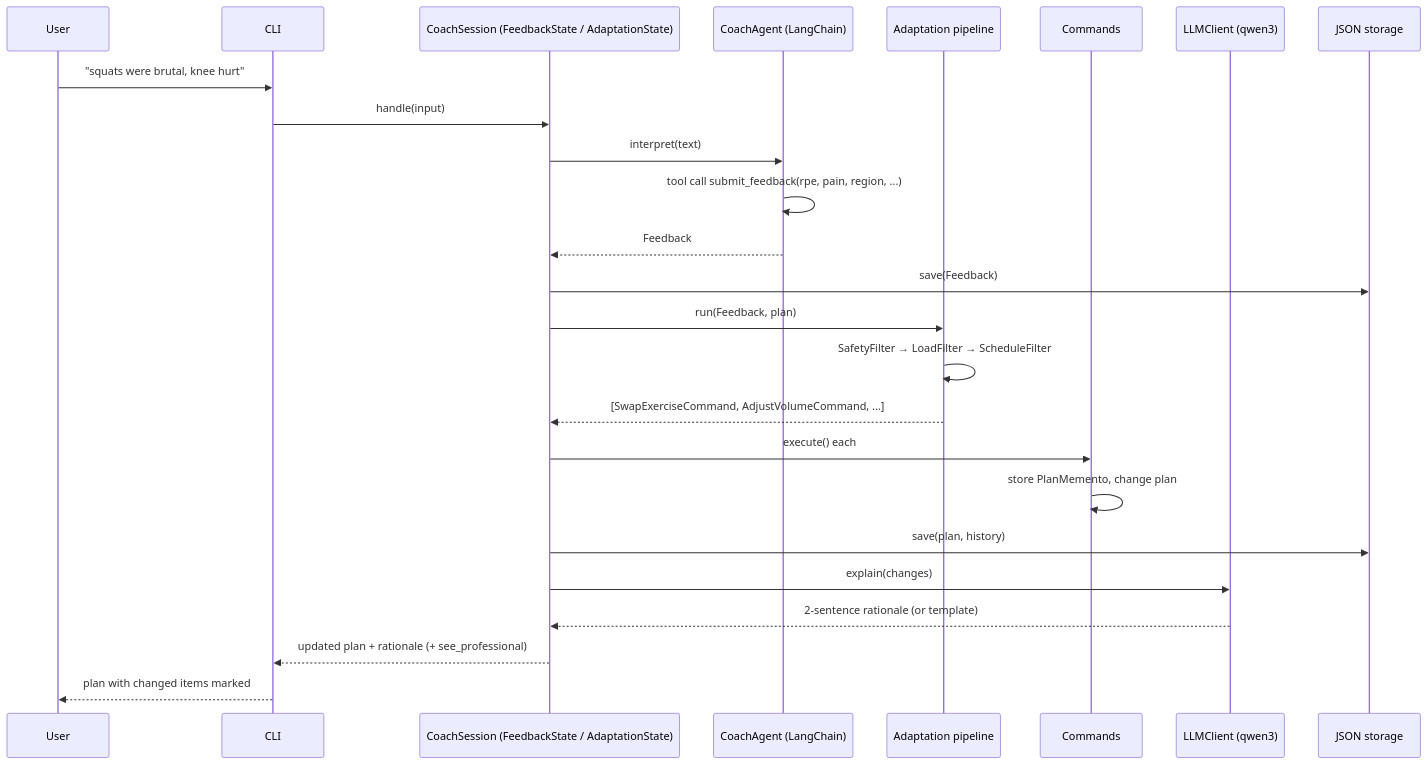
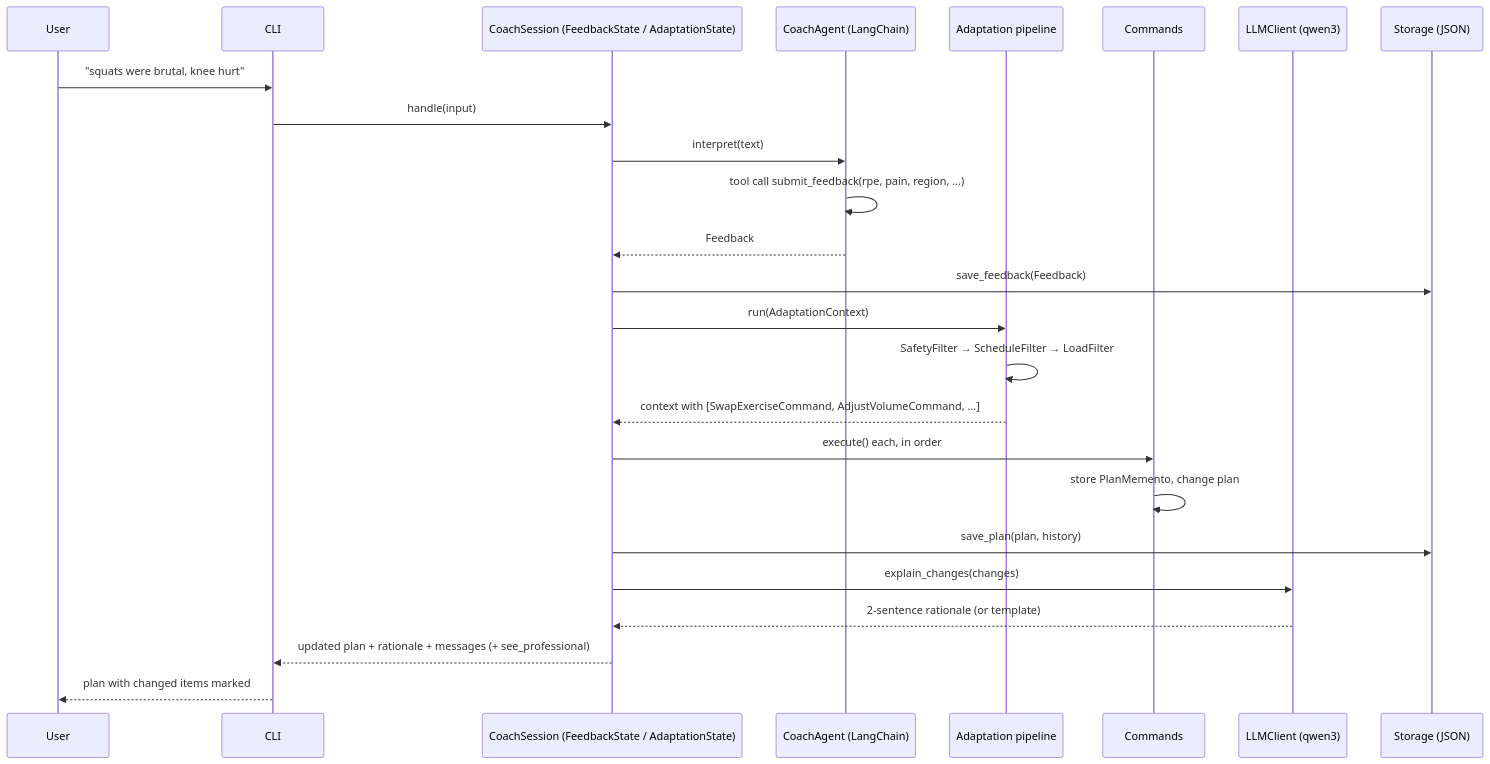
One commit to aslikaraman/adaptive-fitness-agent changed the first of 2 diagrams in FUNCTIONAL_FLOW.md. Above: the diagram before and after it, drawn with Mermaid. The commit also changed other lines of this file, not shown here.

First line of the commit message:
Resolve open questions in the functional flow

````diff
--- a/FUNCTIONAL_FLOW.md
+++ b/FUNCTIONAL_FLOW.md
@@ -305,28 +368,28 @@
 ```mermaid
 sequenceDiagram
     participant U as User
     participant CLI as CLI
     participant S as CoachSession (FeedbackState / AdaptationState)
     participant A as CoachAgent (LangChain)
     participant P as Adaptation pipeline
     participant C as Commands
     participant L as LLMClient (qwen3)
-    participant ST as JSON storage
+    participant ST as Storage (JSON)
 
     U->>CLI: "squats were brutal, knee hurt"
     CLI->>S: handle(input)
     S->>A: interpret(text)
     A->>A: tool call submit_feedback(rpe, pain, region, ...)
     A-->>S: Feedback
-    S->>ST: save(Feedback)
-    S->>P: run(Feedback, plan)
-    P->>P: SafetyFilter → LoadFilter → ScheduleFilter
-    P-->>S: [SwapExerciseCommand, AdjustVolumeCommand, ...]
-    S->>C: execute() each
+    S->>ST: save_feedback(Feedback)
+    S->>P: run(AdaptationContext)
+    P->>P: SafetyFilter → ScheduleFilter → LoadFilter
+    P-->>S: context with [SwapExerciseCommand, AdjustVolumeCommand, ...]
+    S->>C: execute() each, in order
     C->>C: store PlanMemento, change plan
-    S->>ST: save(plan, history)
-    S->>L: explain(changes)
+    S->>ST: save_plan(plan, history)
+    S->>L: explain_changes(changes)
     L-->>S: 2-sentence rationale (or template)
-    S-->>CLI: updated plan + rationale (+ see_professional)
+    S-->>CLI: updated plan + rationale + messages (+ see_professional)
     CLI-->>U: plan with changed items marked
 ```
````
